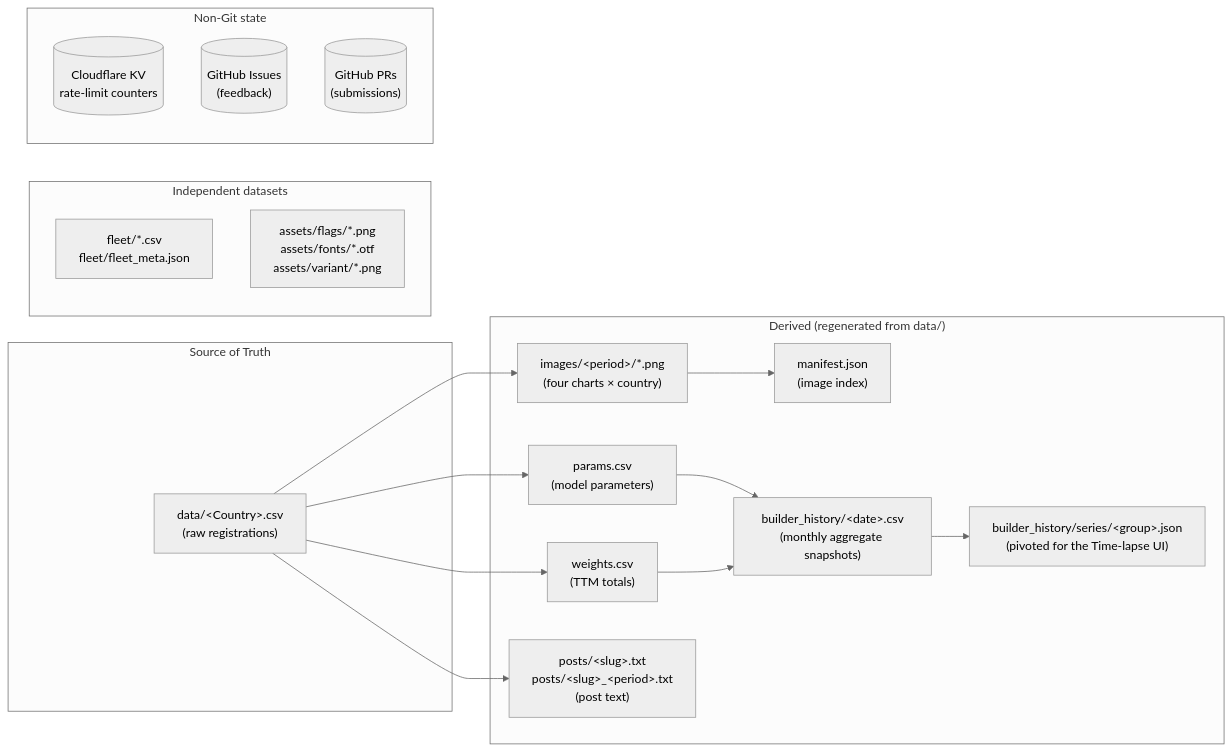
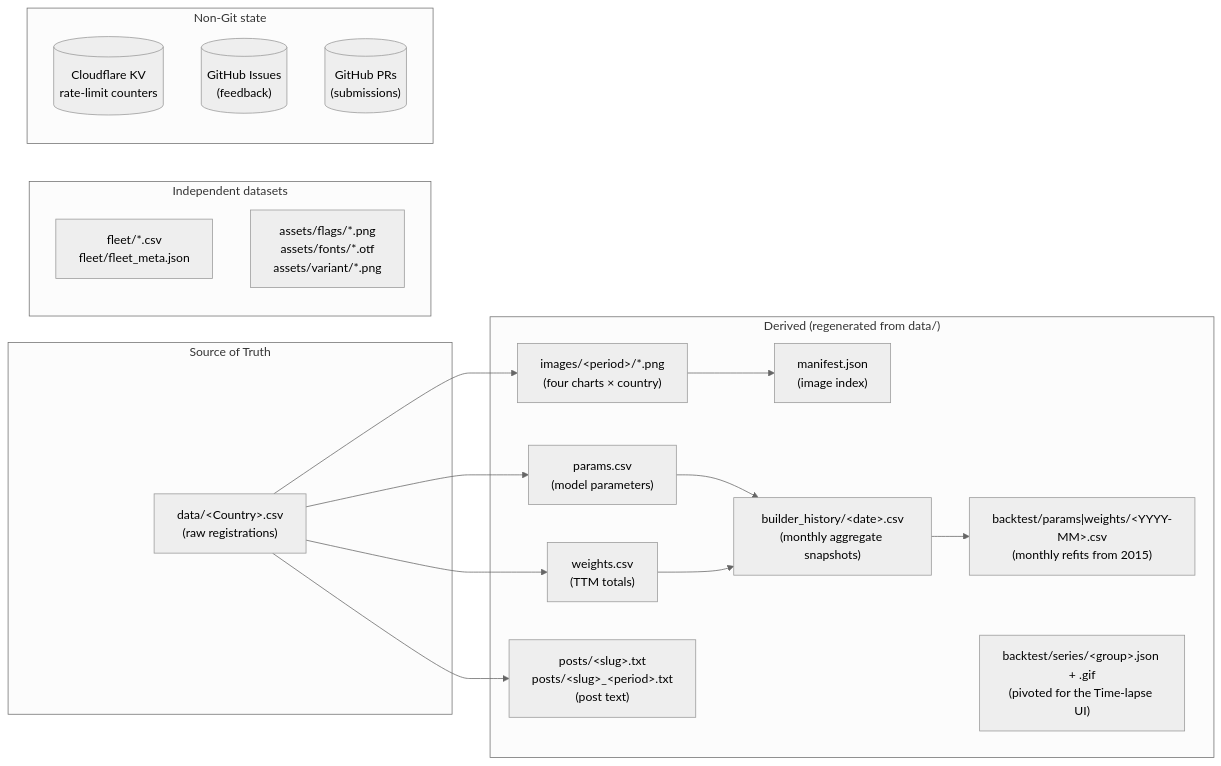
Before and after one commit to LeRaffl/LeRaffl-Gallery: the diagram in docs/architecture/03-data-objects.md, drawn with Mermaid (neutral theme). The commit also changed other lines of this file and 66 other files, not shown here.

First line of the commit message:
docs: the backtest replaces builder_history as the time-lapse source

````diff
--- a/docs/architecture/03-data-objects.md
+++ b/docs/architecture/03-data-objects.md
@@ -7,31 +7,32 @@
 ```mermaid
 flowchart LR
     subgraph SoT["Source of Truth"]
         D1["data/&lt;Country&gt;.csv<br/>(raw registrations)"]
     end
 
     subgraph Derived["Derived (regenerated from data/)"]
         D2["params.csv<br/>(model parameters)"]
         D3["weights.csv<br/>(TTM totals)"]
         D4["images/&lt;period&gt;/*.png<br/>(four charts × country)"]
         D5["posts/&lt;slug&gt;.txt<br/>posts/&lt;slug&gt;_&lt;period&gt;.txt<br/>(post text)"]
         D6["manifest.json<br/>(image index)"]
         D12["builder_history/&lt;date&gt;.csv<br/>(monthly aggregate snapshots)"]
-        D13["builder_history/series/&lt;group&gt;.json<br/>(pivoted for the Time-lapse UI)"]
+        D13["backtest/params|weights/&lt;YYYY-MM&gt;.csv<br/>(monthly refits from 2015)"]
+        D14["backtest/series/&lt;group&gt;.json + .gif<br/>(pivoted for the Time-lapse UI)"]
     end
 
     subgraph Independent["Independent datasets"]
         D7["fleet/*.csv<br/>fleet/fleet_meta.json"]
         D8["assets/flags/*.png<br/>assets/fonts/*.otf<br/>assets/variant/*.png"]
     end
 
     subgraph Ephemeral["Non-Git state"]
         D9[("Cloudflare KV<br/>rate-limit counters")]
         D10[("GitHub Issues<br/>(feedback)")]
         D11[("GitHub PRs<br/>(submissions)")]
     end
 
     D1 --> D2 & D3 & D4 & D5
     D4 --> D6
     D2 & D3 --> D12 --> D13
 ```
````
